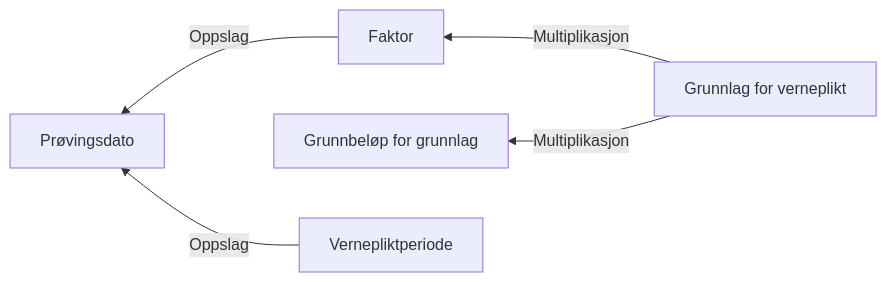
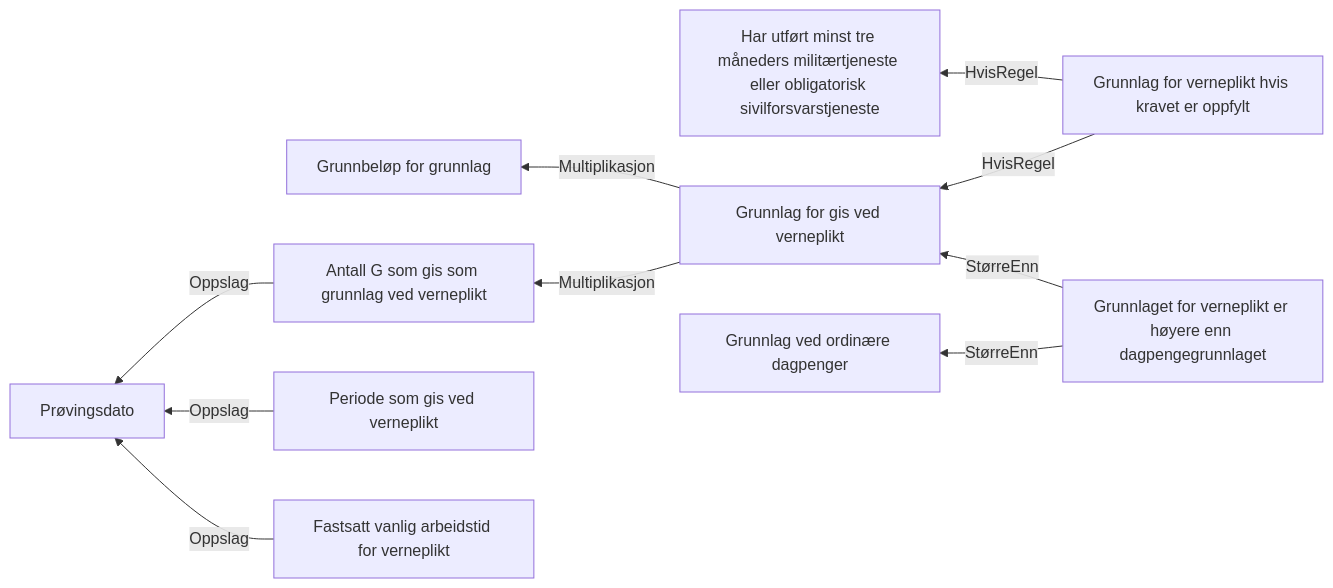
The diagram in docs/regler/§ 4-19 Verneplikt (fastsetting).approved.md (navikt/dp-vedtak), drawn with Mermaid before and after one commit. The commit also changed 17 other files, not shown here.

Commit message:
Legg til verneplikt som en alternativ måte å få dagpenger

````diff
--- a/docs/regler/§ 4-19 Verneplikt (fastsetting).approved.md
+++ b/docs/regler/§ 4-19 Verneplikt (fastsetting).approved.md
@@ -5,7 +5,12 @@
 ```mermaid
 graph RL
-  A["Faktor"] -->|"Oppslag"| B["Prøvingsdato"]
-  C["Grunnlag for verneplikt"] -->|"Multiplikasjon"| D["Grunnbeløp for grunnlag"]
-  C["Grunnlag for verneplikt"] -->|"Multiplikasjon"| A["Faktor"]
-  E["Vernepliktperiode"] -->|"Oppslag"| B["Prøvingsdato"]
+  A["Antall G som gis som grunnlag ved verneplikt"] -->|"Oppslag"| B["Prøvingsdato"]
+  C["Grunnlag for gis ved verneplikt"] -->|"Multiplikasjon"| D["Grunnbeløp for grunnlag"]
+  C["Grunnlag for gis ved verneplikt"] -->|"Multiplikasjon"| A["Antall G som gis som grunnlag ved verneplikt"]
+  E["Periode som gis ved verneplikt"] -->|"Oppslag"| B["Prøvingsdato"]
+  F["Fastsatt vanlig arbeidstid for verneplikt"] -->|"Oppslag"| B["Prøvingsdato"]
+  G["Grunnlag for verneplikt hvis kravet er oppfylt"] -->|"HvisRegel"| H["Har utført minst tre måneders militærtjeneste eller obligatorisk sivilforsvarstjeneste"]
+  G["Grunnlag for verneplikt hvis kravet er oppfylt"] -->|"HvisRegel"| C["Grunnlag for gis ved verneplikt"]
+  I["Grunnlaget for verneplikt er høyere enn dagpengegrunnlaget"] -->|"StørreEnn"| C["Grunnlag for gis ved verneplikt"]
+  I["Grunnlaget for verneplikt er høyere enn dagpengegrunnlaget"] -->|"StørreEnn"| J["Grunnlag ved ordinære dagpenger"]
 ```
````
